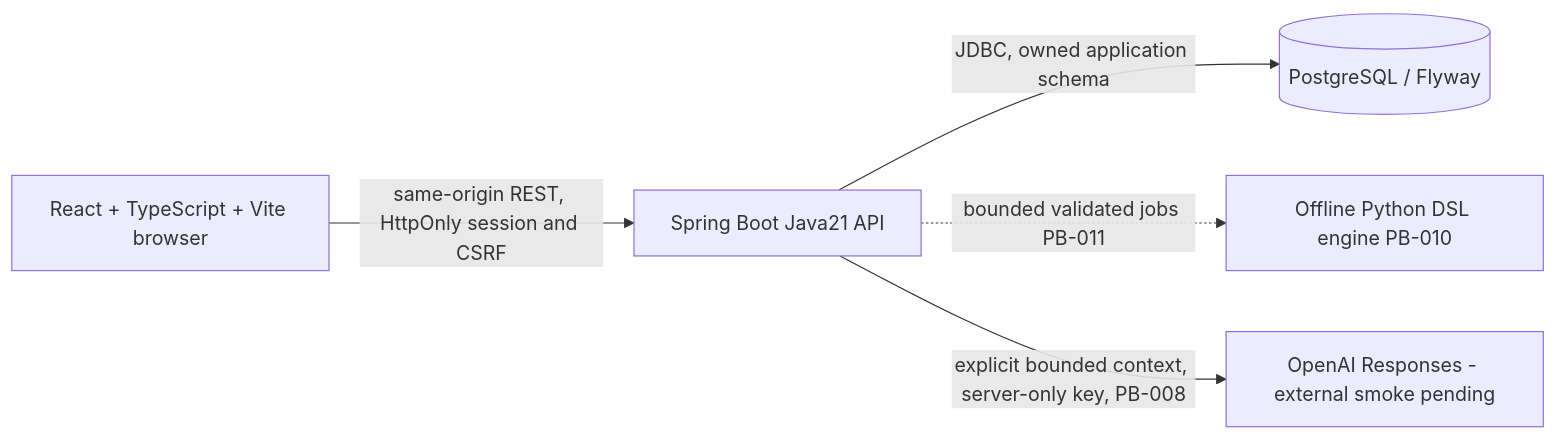
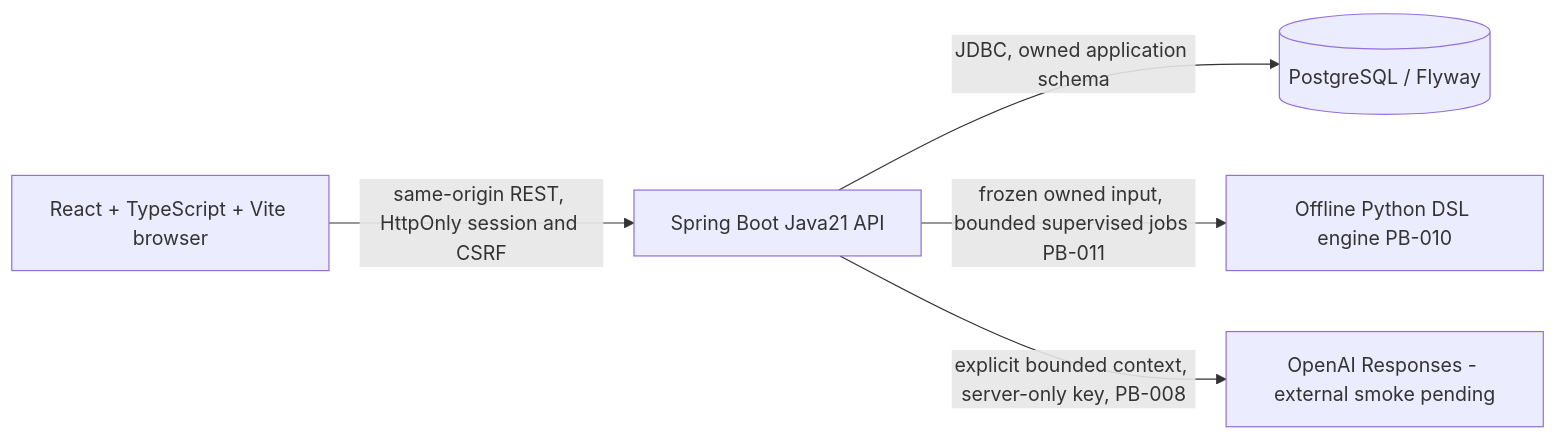
One commit to tranbaohoang10/AITrading changed the first of 2 diagrams in docs/architecture.md. Above: the diagram before and after it, drawn with Mermaid. The commit also changed other lines of this file and 33 other files, not shown here.

````diff
--- a/docs/architecture.md
+++ b/docs/architecture.md
@@ -13,12 +14,12 @@
 ```mermaid
 flowchart LR
   Browser[React + TypeScript + Vite browser]
   API[Spring Boot Java21 API]
   DB[(PostgreSQL / Flyway)]
   Python[Offline Python DSL engine PB-010]
   Provider[OpenAI Responses - external smoke pending]
   Browser -->|same-origin REST, HttpOnly session and CSRF| API
   API -->|JDBC, owned application schema| DB
-  API -. bounded validated jobs PB-011 .-> Python
+  API -->|frozen owned input, bounded supervised jobs PB-011| Python
   API -->|explicit bounded context, server-only key, PB-008| Provider
 ```
````
